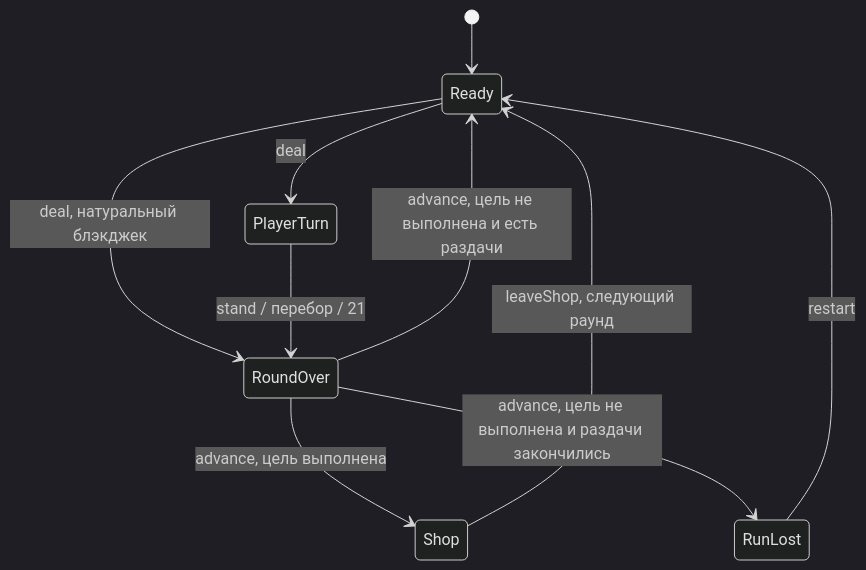
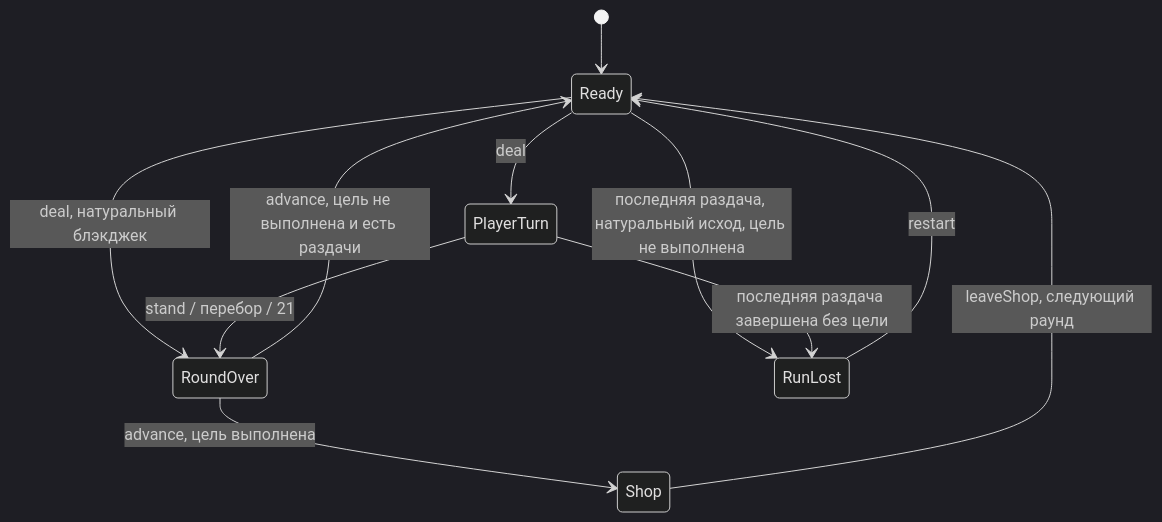
The second of 2 diagrams in docs/ARCHITECTURE.md (F1j1tun1/Final-Project-CGF), drawn with Mermaid (dark theme) before and after one commit. The commit also changed other lines of this file and 24 other files, not shown here.

````diff
--- a/docs/ARCHITECTURE.md
+++ b/docs/ARCHITECTURE.md
@@ -37,12 +37,13 @@
 ```mermaid
 stateDiagram-v2
     [*] --> Ready
     Ready --> PlayerTurn: deal
     Ready --> RoundOver: deal, натуральный блэкджек
+    Ready --> RunLost: последняя раздача, натуральный исход, цель не выполнена
     PlayerTurn --> RoundOver: stand / перебор / 21
+    PlayerTurn --> RunLost: последняя раздача завершена без цели
     RoundOver --> Shop: advance, цель выполнена
     RoundOver --> Ready: advance, цель не выполнена и есть раздачи
-    RoundOver --> RunLost: advance, цель не выполнена и раздачи закончились
     Shop --> Ready: leaveShop, следующий раунд
     RunLost --> Ready: restart
 ```
````
